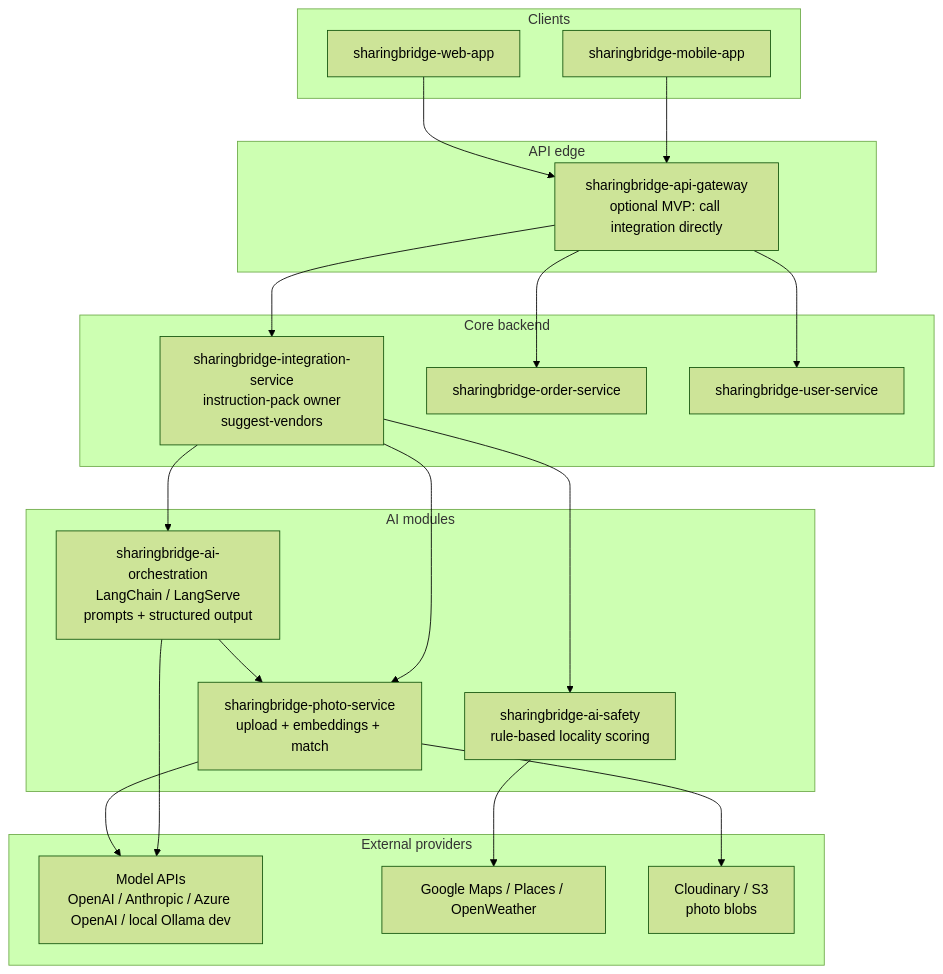
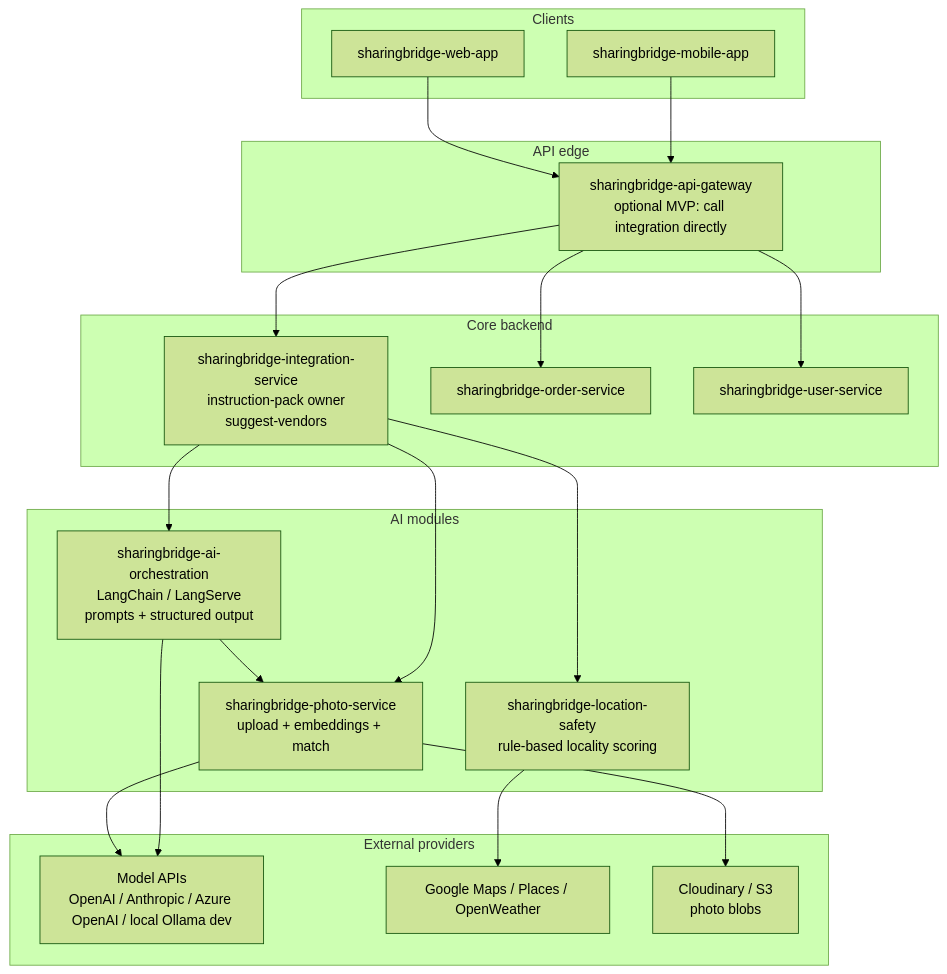
Before and after one commit to sharingbridge/sharingbridge: the first of 3 diagrams in development/AI_PLATFORM_INTEGRATION.md, drawn with Mermaid (forest theme). The commit also changed other lines of this file and 8 other files, not shown here.

First line of the commit message:
docs: rename ai-safety slug to sharingbridge-location-safety

````diff
--- a/development/AI_PLATFORM_INTEGRATION.md
+++ b/development/AI_PLATFORM_INTEGRATION.md
@@ -42,43 +42,43 @@
 ```mermaid
 flowchart TB
   subgraph clients["Clients"]
     M[sharingbridge-mobile-app]
     W[sharingbridge-web-app]
   end
 
   subgraph edge["API edge"]
     G[sharingbridge-api-gateway\noptional MVP: call integration directly]
   end
 
   subgraph core["Core backend"]
     I[sharingbridge-integration-service\ninstruction-pack owner\nsuggest-vendors]
     O[sharingbridge-order-service]
     U[sharingbridge-user-service]
   end
 
   subgraph ai["AI modules"]
     AIO[sharingbridge-ai-orchestration\nLangChain / LangServe\nprompts + structured output]
-    SAF[sharingbridge-ai-safety\nrule-based locality scoring]
+    SAF[sharingbridge-location-safety\nrule-based locality scoring]
     PHO[sharingbridge-photo-service\nupload + embeddings + match]
   end
 
   subgraph external["External providers"]
     LLM[Model APIs\nOpenAI / Anthropic / Azure OpenAI / local Ollama dev]
     MAPS[Google Maps / Places / OpenWeather]
     STORE[Cloudinary / S3\nphoto blobs]
   end
 
   M --> G
   W --> G
   G --> I
   G --> O
   G --> U
   I --> AIO
   I --> SAF
   I --> PHO
   AIO --> LLM
   AIO --> PHO
   SAF --> MAPS
   PHO --> STORE
   PHO --> LLM
 ```
````
